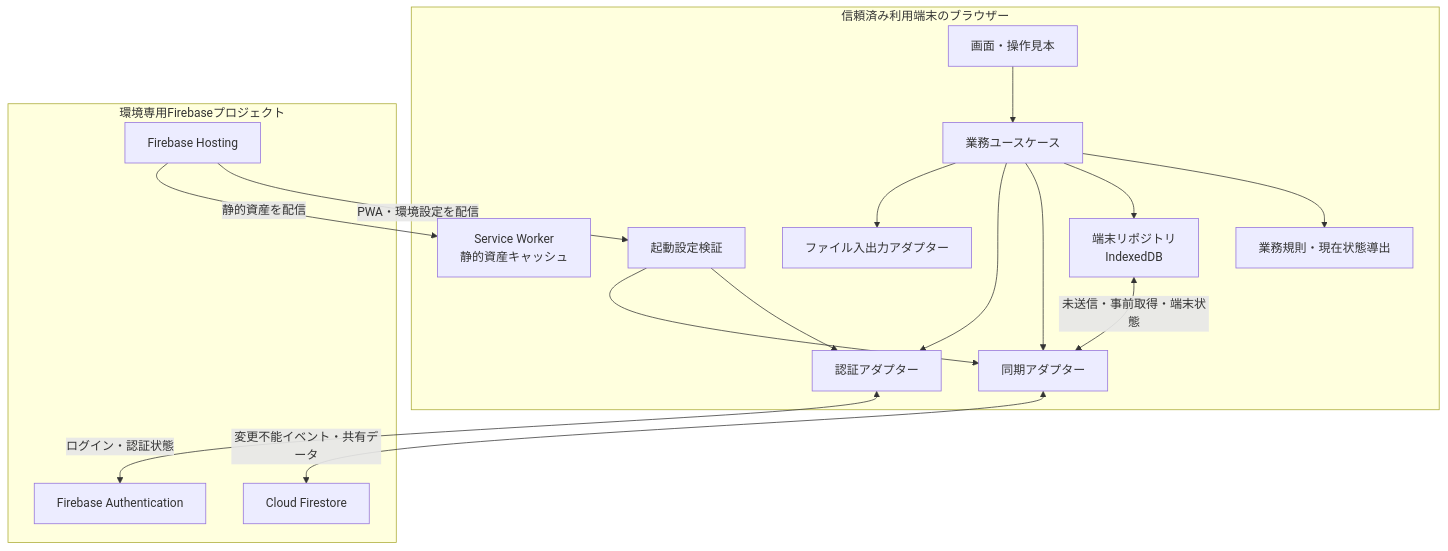
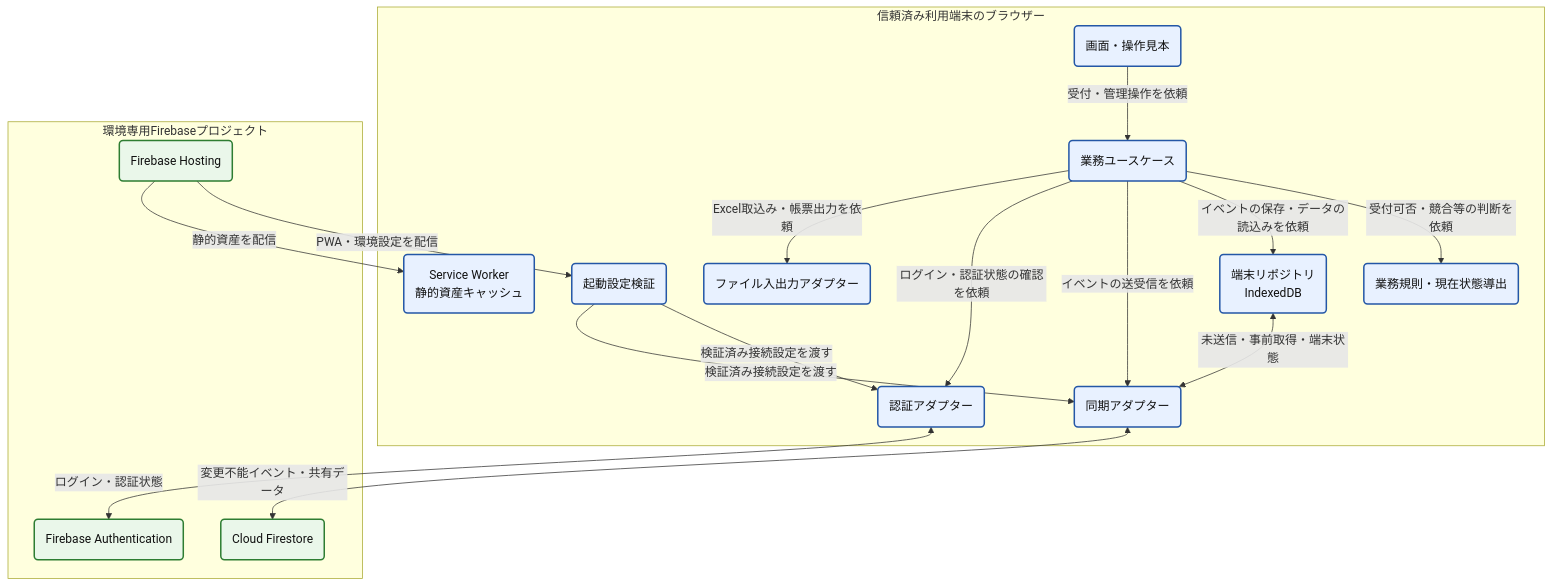
Before and after one commit to EU0207/concert-reception-system: the second of 3 diagrams in docs/development/system-architecture.md, drawn with Mermaid. The commit also changed other lines of this file, not shown here.

Commit message:
docs: clarify architecture diagrams

````diff
--- a/docs/development/system-architecture.md
+++ b/docs/development/system-architecture.md
@@ -58,33 +64,39 @@
 ```mermaid
 flowchart TB
     subgraph Device[信頼済み利用端末のブラウザー]
-        UI[画面・操作見本]
-        APP[業務ユースケース]
-        DOMAIN[業務規則・現在状態導出]
-        LOCAL[端末リポジトリ\nIndexedDB]
-        SYNC[同期アダプター]
-        AUTH[認証アダプター]
-        FILE[ファイル入出力アダプター]
-        SW[Service Worker\n静的資産キャッシュ]
-        CONFIG[起動設定検証]
-        UI --> APP --> DOMAIN
-        APP --> LOCAL
-        APP --> SYNC
-        APP --> AUTH
-        APP --> FILE
-        CONFIG --> AUTH
-        CONFIG --> SYNC
+        UI(画面・操作見本)
+        APP(業務ユースケース)
+        DOMAIN(業務規則・現在状態導出)
+        LOCAL(端末リポジトリ<br/>IndexedDB)
+        SYNC(同期アダプター)
+        AUTH(認証アダプター)
+        FILE(ファイル入出力アダプター)
+        SW(Service Worker<br/>静的資産キャッシュ)
+        CONFIG(起動設定検証)
+        UI -->|受付・管理操作を依頼| APP
+        APP -->|受付可否・競合等の判断を依頼| DOMAIN
+        APP -->|イベントの保存・データの読込みを依頼| LOCAL
+        APP -->|イベントの送受信を依頼| SYNC
+        APP -->|ログイン・認証状態の確認を依頼| AUTH
+        APP -->|Excel取込み・帳票出力を依頼| FILE
+        CONFIG -->|検証済み接続設定を渡す| AUTH
+        CONFIG -->|検証済み接続設定を渡す| SYNC
     end
 
     subgraph Firebase[環境専用Firebaseプロジェクト]
-        HOSTING[Firebase Hosting]
-        FBAUTH[Firebase Authentication]
-        STORE[Cloud Firestore]
+        HOSTING(Firebase Hosting)
+        FBAUTH(Firebase Authentication)
+        STORE(Cloud Firestore)
     end
 
     HOSTING -->|PWA・環境設定を配信| CONFIG
     HOSTING -->|静的資産を配信| SW
     AUTH <-->|ログイン・認証状態| FBAUTH
     SYNC <-->|変更不能イベント・共有データ| STORE
     LOCAL <-->|未送信・事前取得・端末状態| SYNC
+
+    classDef deviceComponent fill:#E8F1FF,stroke:#2457A6,stroke-width:2px,color:#111111
+    classDef firebaseComponent fill:#EAF7EA,stroke:#2E7D32,stroke-width:2px,color:#111111
+    class UI,APP,DOMAIN,LOCAL,SYNC,AUTH,FILE,SW,CONFIG deviceComponent
+    class HOSTING,FBAUTH,STORE firebaseComponent
 ```
````
